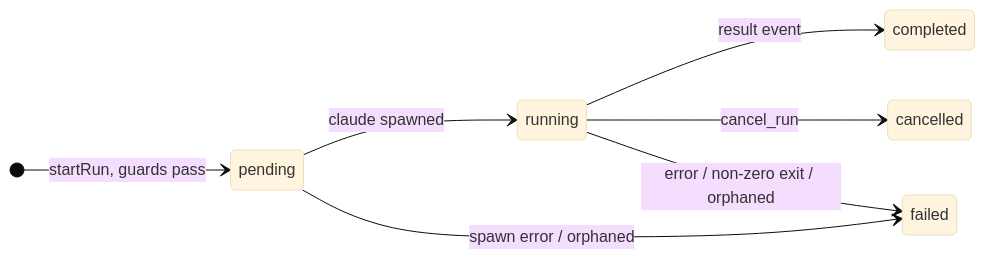
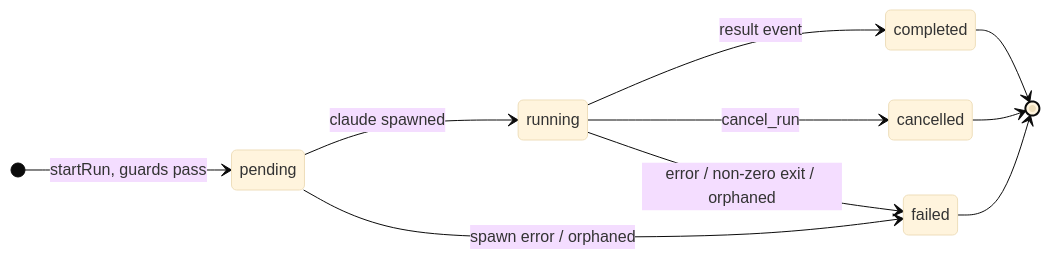
Before and after one commit to duskfleet/duskfleet: the second of 2 diagrams in README.md, drawn with Mermaid (base theme).

Commit message:
README: lifecycle diagram ends in terminal markers, clear of GitHub's zoom controls
Claude-Session: https://claude.ai/code/session_014NZALZg54RZdNB9EhjesYs

````diff
--- a/README.md
+++ b/README.md
@@ -207,10 +207,13 @@
 ```mermaid
 stateDiagram-v2
     direction LR
     [*] --> pending : startRun, guards pass
     pending --> running : claude spawned
     pending --> failed : spawn error / orphaned
     running --> completed : result event
     running --> cancelled : cancel_run
     running --> failed : error / non-zero exit / orphaned
+    completed --> [*]
+    cancelled --> [*]
+    failed --> [*]
 ```
````
